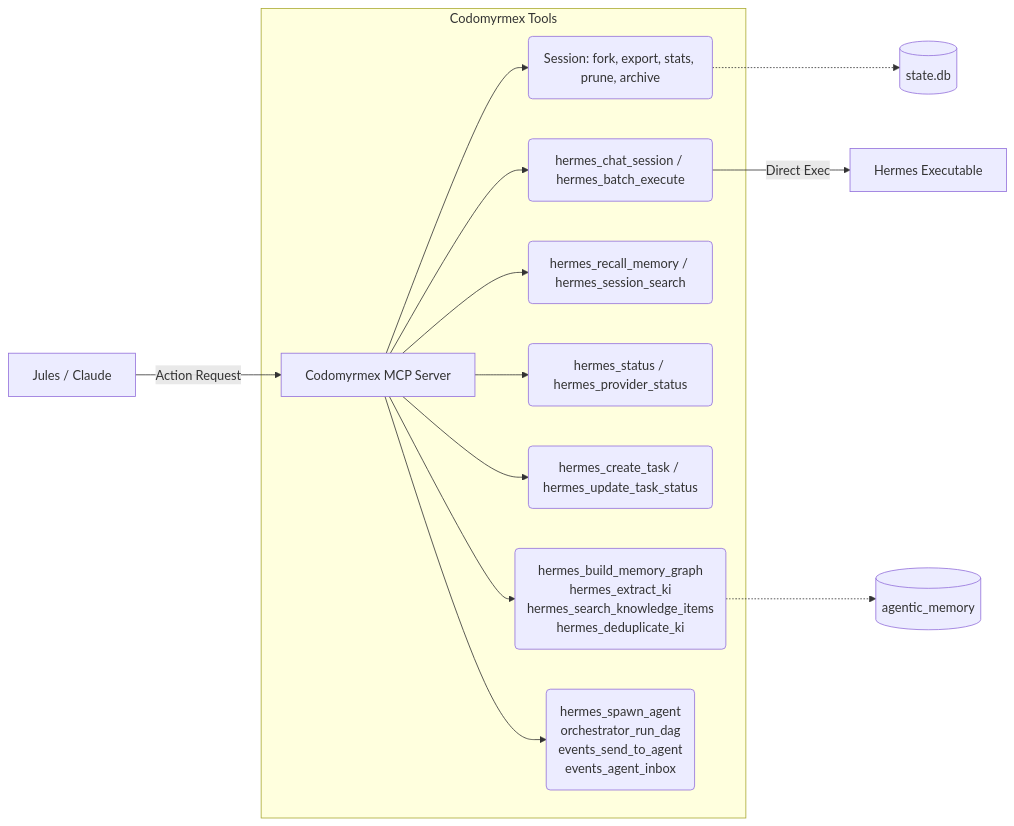
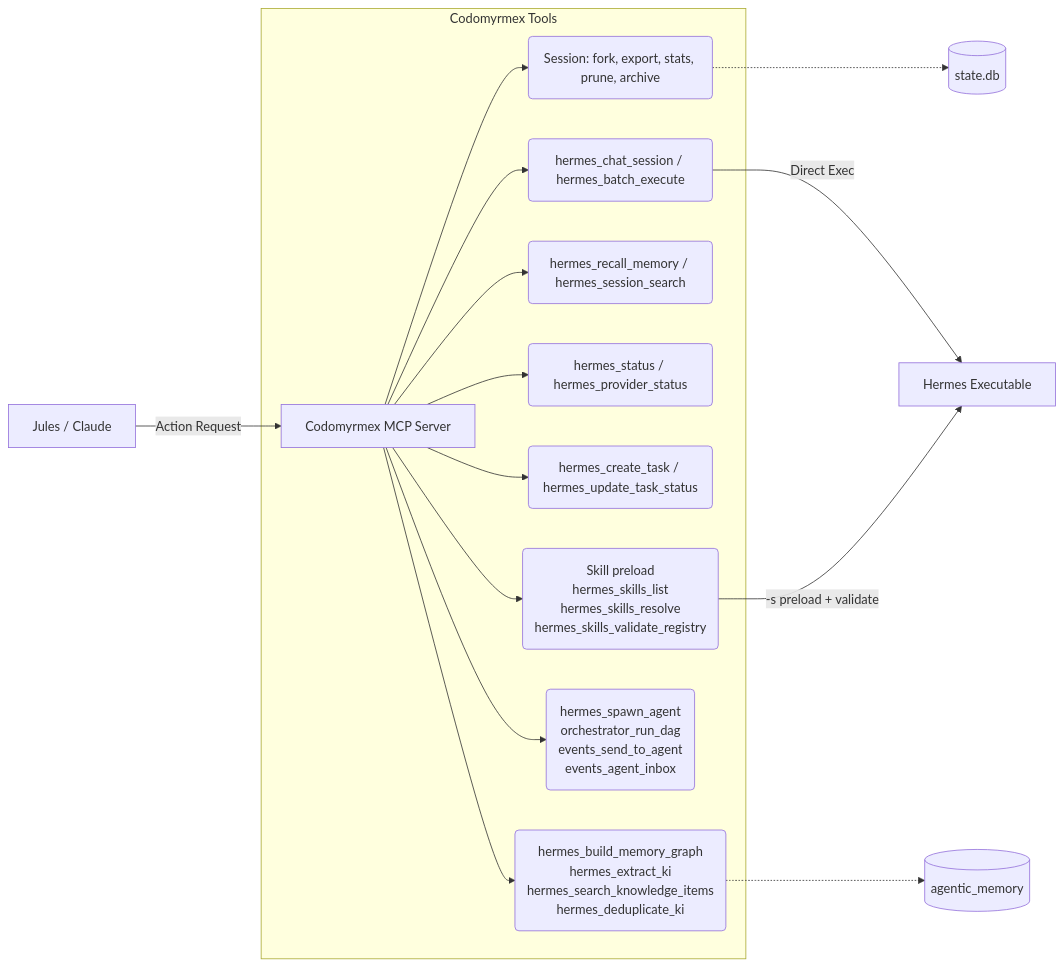
Before and after one commit to docxology/codomyrmex: the third of 6 diagrams in docs/agents/hermes/codomyrmex_integration.md, drawn with Mermaid. The commit also changed other lines of this file and 50 other files, not shown here.

````diff
--- a/docs/agents/hermes/codomyrmex_integration.md
+++ b/docs/agents/hermes/codomyrmex_integration.md
@@ -117,18 +117,20 @@
 ```mermaid
 graph LR
     SwarmProxy[Jules / Claude] --> |Action Request| MCP[Codomyrmex MCP Server]
     
-    subgraph Codomyrmex Tools
+    subgraph codomyrmexTools [Codomyrmex Tools]
         MCP --> SessionMgmt(Session: fork, export, stats, prune, archive)
         MCP --> Chat(hermes_chat_session / hermes_batch_execute)
         MCP --> Search(hermes_recall_memory / hermes_session_search)
         MCP --> Status(hermes_status / hermes_provider_status)
         MCP --> TaskOrch(hermes_create_task / hermes_update_task_status)
         MCP --> KnowledgeTools("hermes_build_memory_graph<br/>hermes_extract_ki<br/>hermes_search_knowledge_items<br/>hermes_deduplicate_ki")
         MCP --> SwarmTools("hermes_spawn_agent<br/>orchestrator_run_dag<br/>events_send_to_agent<br/>events_agent_inbox")
+        MCP --> SkillPreload("Skill preload<br/>hermes_skills_list<br/>hermes_skills_resolve<br/>hermes_skills_validate_registry")
     end
     
     SessionMgmt -.-> DB[(state.db)]
     Chat --> |Direct Exec| HermesCli[Hermes Executable]
+    SkillPreload --> |"-s preload + validate"| HermesCli
     KnowledgeTools -.-> KnowledgeDB[(agentic_memory)]
 ```
````
